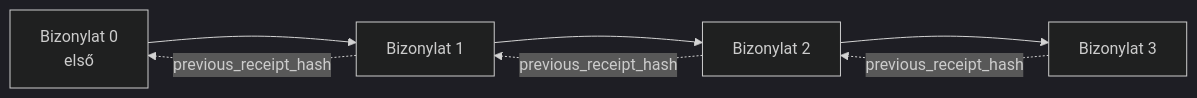
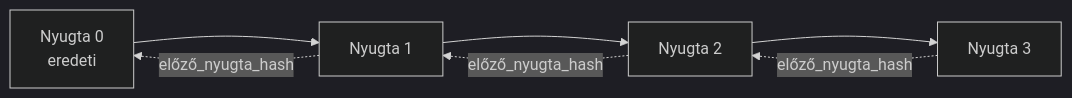
Before and after one commit to gabrielmoreira/agent-skills-mirror: the second of 2 diagrams in mirrors/repos/microsoft@ai-agents-for-beginners/translations/hu/18-securing-ai-agents/README.md, drawn with Mermaid (dark theme). The commit also changed other lines of this file and 2285 other files, not shown here.

````diff
--- a/mirrors/repos/microsoft@ai-agents-for-beginners/translations/hu/18-securing-ai-agents/README.md
+++ b/mirrors/repos/microsoft@ai-agents-for-beginners/translations/hu/18-securing-ai-agents/README.md
@@ -206,9 +206,9 @@
 ```mermaid
 flowchart LR
-    R0[Bizonylat 0<br/>első] --> R1[Bizonylat 1]
-    R1 --> R2[Bizonylat 2]
-    R2 --> R3[Bizonylat 3]
-    R1 -. previous_receipt_hash .-> R0
-    R2 -. previous_receipt_hash .-> R1
-    R3 -. previous_receipt_hash .-> R2
+    R0[Nyugta 0<br/>eredeti] --> R1[Nyugta 1]
+    R1 --> R2[Nyugta 2]
+    R2 --> R3[Nyugta 3]
+    R1 -. előző_nyugta_hash .-> R0
+    R2 -. előző_nyugta_hash .-> R1
+    R3 -. előző_nyugta_hash .-> R2
 ```
````
